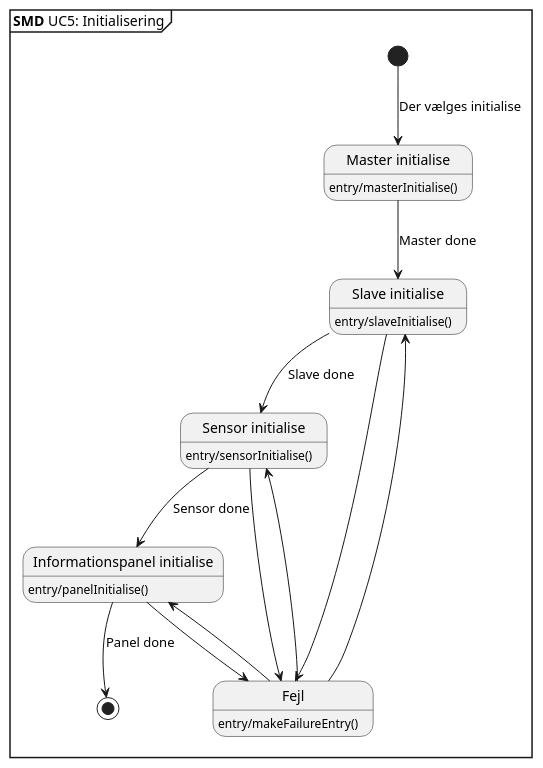
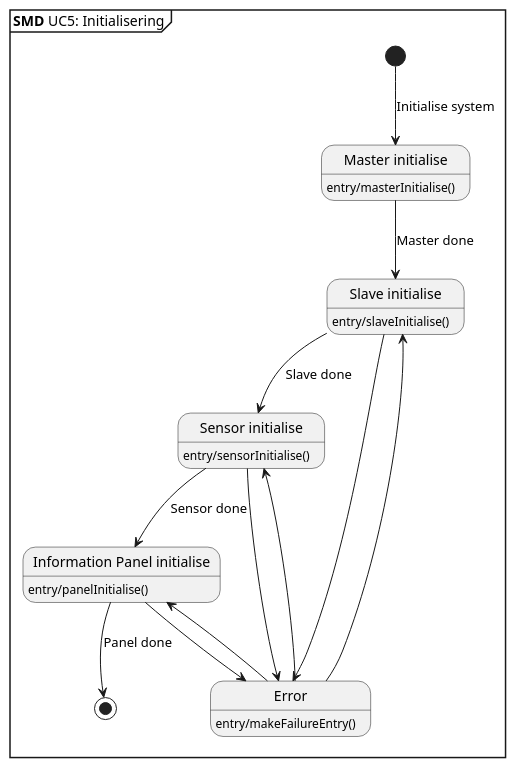
Before and after one commit to Tukkel/Projekt_2: the diagram in SysML/Software Arkitektur-Design/UC5 AM/UC5 SMD.puml, drawn with PlantUML.

Commit message:
rettede smd, mest sprog

```diff
--- a/SysML/Software Arkitektur-Design/UC5 AM/UC5 SMD.puml
+++ b/SysML/Software Arkitektur-Design/UC5 AM/UC5 SMD.puml
@@ -1,35 +1,35 @@
 @startuml UC5
 mainframe **SMD** UC5: Initialisering
 
 hide empty description
 state "Master initialise" as master
 state "Slave initialise" as slave
 state "Sensor initialise" as sensor
-state "Informationspanel initialise" as panel
-state "Fejl" as fejl
+state "Information Panel initialise" as panel
+state "Error" as error
 
-[*] --> master : Der vælges initialise
+[*] --> master : Initialise system
 master --> slave : Master done
-slave --> fejl
-fejl --> slave
+slave --> error
+error --> slave
 
 slave --> sensor : Slave done
-sensor --> fejl
-fejl --> sensor
+sensor --> error
+error --> sensor
 
 sensor --> panel : Sensor done
-panel --> fejl
-fejl --> panel
+panel --> error
+error --> panel
 
 panel --> [*] : Panel done
 
 master : entry/masterInitialise()
 
 slave : entry/slaveInitialise()
 
 sensor : entry/sensorInitialise()
 
 panel : entry/panelInitialise()
 
-fejl : entry/makeFailureEntry()
+error : entry/makeFailureEntry()
 @enduml
```
